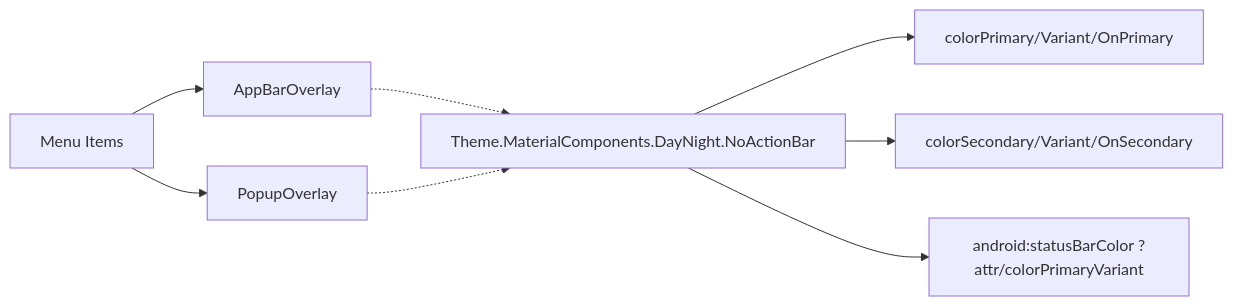
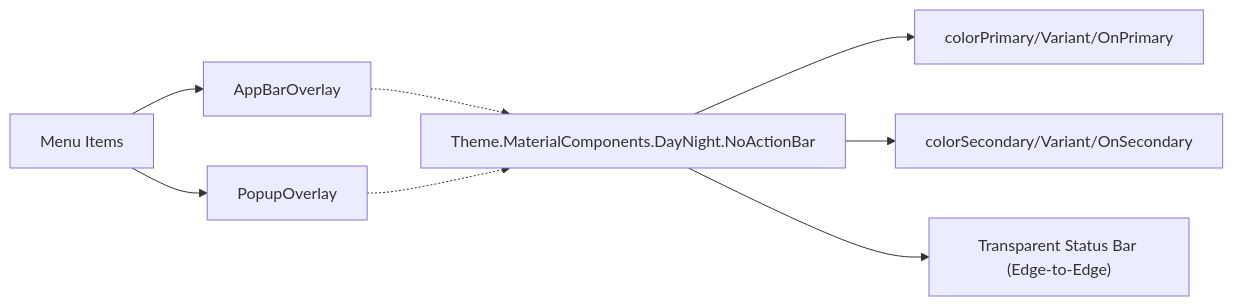
Before and after one commit to caldefoc/NotificationLog: the fifth of 7 diagrams in .qoder/repowiki/en/content/User Interface/User Interface.md, drawn with Mermaid. The commit also changed other lines of this file and 13 other files, not shown here.

````diff
--- a/.qoder/repowiki/en/content/User Interface/User Interface.md
+++ b/.qoder/repowiki/en/content/User Interface/User Interface.md
@@ -220,10 +217,10 @@
 ```mermaid
 graph LR
 T["Theme.MaterialComponents.DayNight.NoActionBar"] --> P["colorPrimary/Variant/OnPrimary"]
 T --> S["colorSecondary/Variant/OnSecondary"]
-T --> ST["android:statusBarColor ?attr/colorPrimaryVariant"]
+T --> ST["Transparent Status Bar (Edge-to-Edge)"]
 O1["AppBarOverlay"] -.-> T
 O2["PopupOverlay"] -.-> T
 M["Menu Items"] --> O1
 M --> O2
 ```
````
